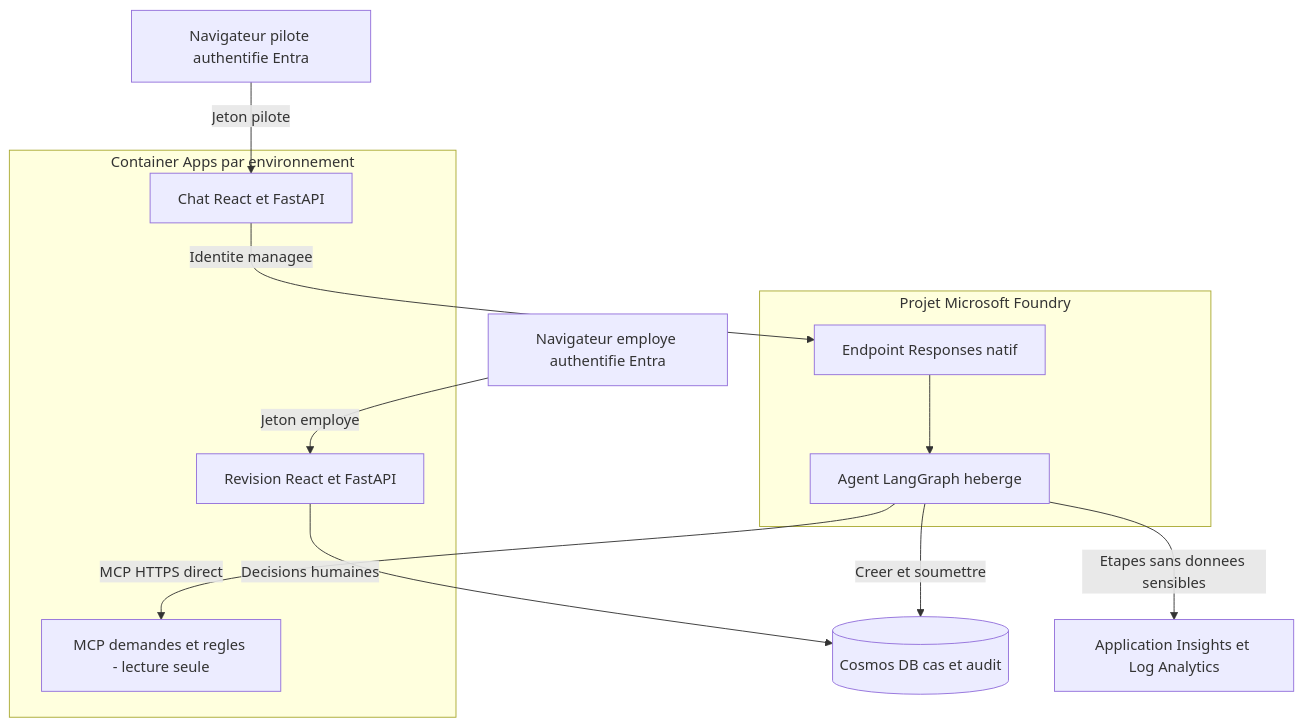
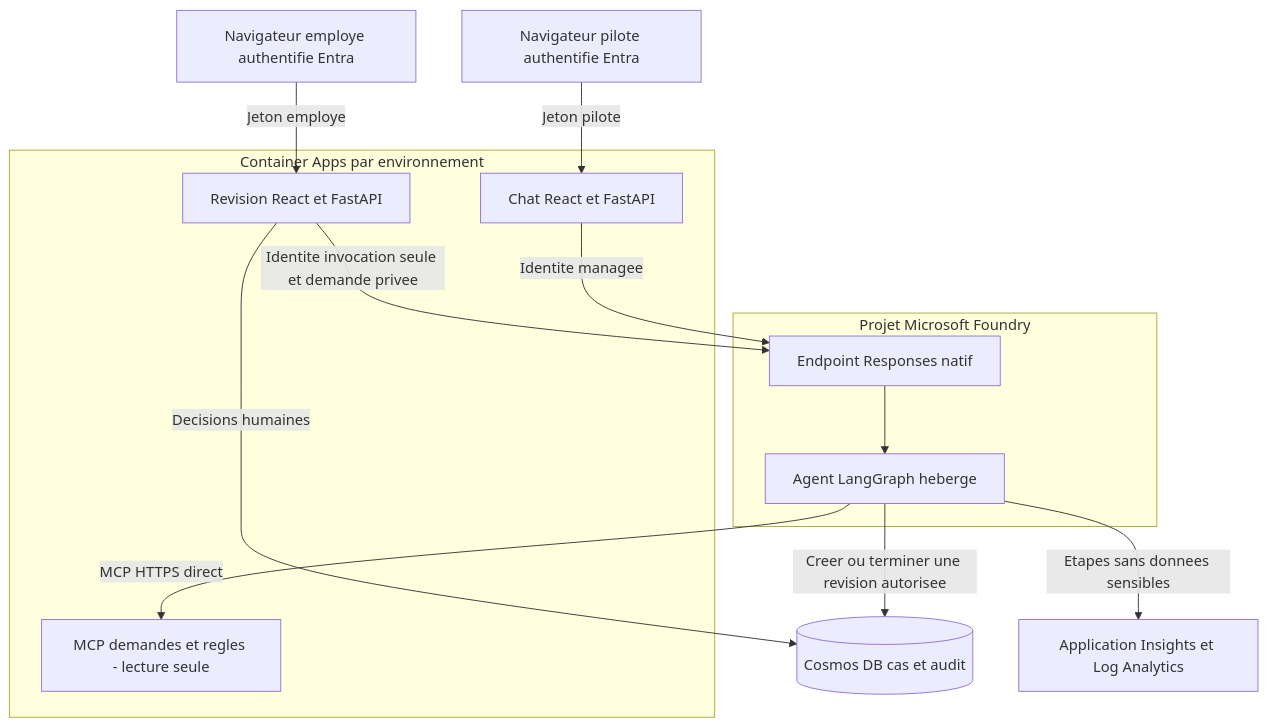
One commit to devopsabcs-engineering/foundry-hosted-agents-fsi changed the first of 7 diagrams in docs/fr/architecture.md. Above: the diagram before and after it, drawn with Mermaid. The commit also changed other lines of this file and 38 other files, not shown here.

````diff
--- a/docs/fr/architecture.md
+++ b/docs/fr/architecture.md
@@ -34,24 +40,25 @@
 ```mermaid
 flowchart TD
     FApplicant["Navigateur pilote authentifie Entra"]
     FEmployee["Navigateur employe authentifie Entra"]
     subgraph FApps["Container Apps par environnement"]
         FChat["Chat React et FastAPI"]
         FReview["Revision React et FastAPI"]
         FMCP["MCP demandes et regles - lecture seule"]
     end
     subgraph FFoundry["Projet Microsoft Foundry"]
         FEndpoint["Endpoint Responses natif"]
         FAgent["Agent LangGraph heberge"]
     end
     FStore[("Cosmos DB cas et audit")]
     FMonitor["Application Insights et Log Analytics"]
     FApplicant -->|"Jeton pilote"| FChat
     FEmployee -->|"Jeton employe"| FReview
     FChat -->|"Identite managee"| FEndpoint
+    FReview -->|"Identite invocation seule et demande privee"| FEndpoint
     FEndpoint --> FAgent
     FAgent -->|"MCP HTTPS direct"| FMCP
-    FAgent -->|"Creer et soumettre"| FStore
+    FAgent -->|"Creer ou terminer une revision autorisee"| FStore
     FReview -->|"Decisions humaines"| FStore
     FAgent -->|"Etapes sans donnees sensibles"| FMonitor
 ```
````
